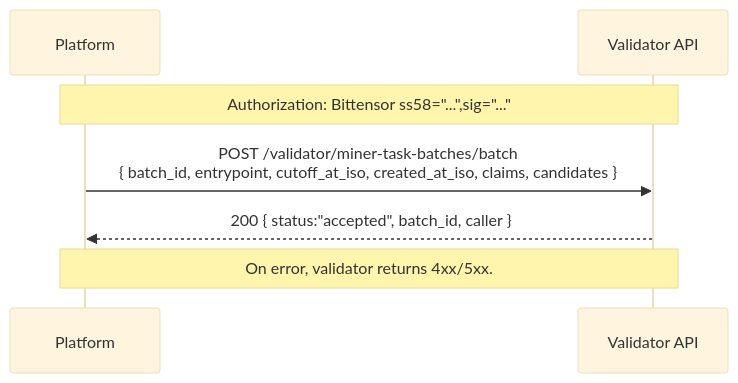
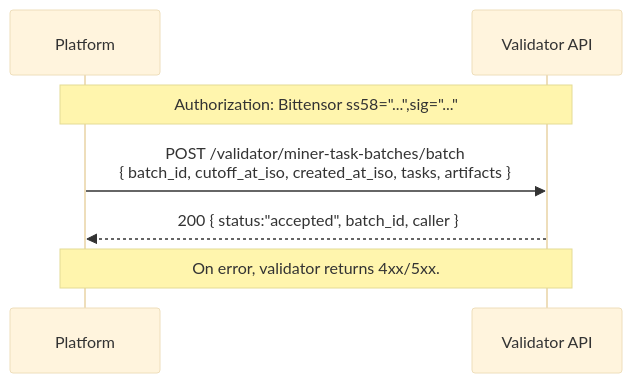
Before and after one commit to caster-hub/caster: the second of 7 diagrams in docs/api/flows.md, drawn with Mermaid (base theme). The commit also changed other lines of this file and 94 other files, not shown here.

````diff
--- a/docs/api/flows.md
+++ b/docs/api/flows.md
@@ -72,11 +72,11 @@
 ```mermaid
 sequenceDiagram
   participant P as Platform
   participant V as Validator API
 
   Note over P,V: Authorization: Bittensor ss58="...",sig="..."
-  P->>V: POST /validator/miner-task-batches/batch<br/>{ batch_id, entrypoint, cutoff_at_iso, created_at_iso, claims, candidates }
+  P->>V: POST /validator/miner-task-batches/batch<br/>{ batch_id, cutoff_at_iso, created_at_iso, tasks, artifacts }
   V-->>P: 200 { status:"accepted", batch_id, caller }
 
   Note over P,V: On error, validator returns 4xx/5xx.
 ```
````
